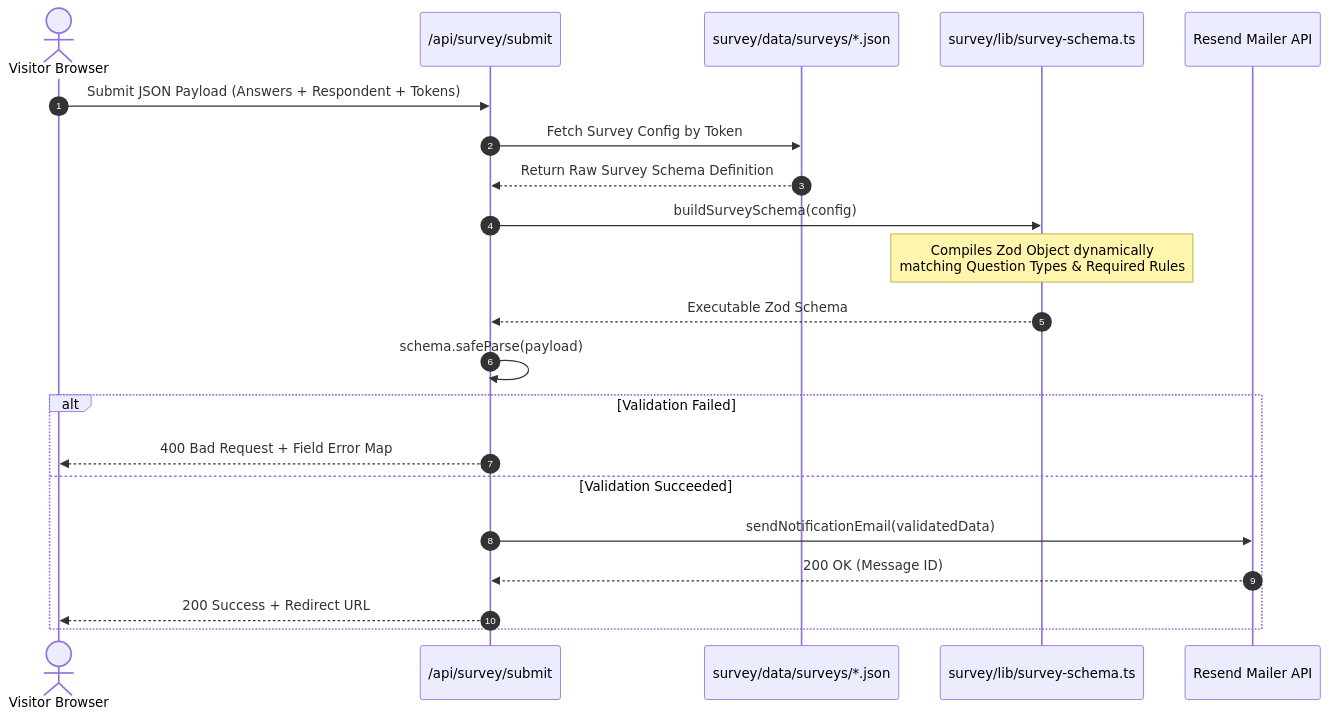
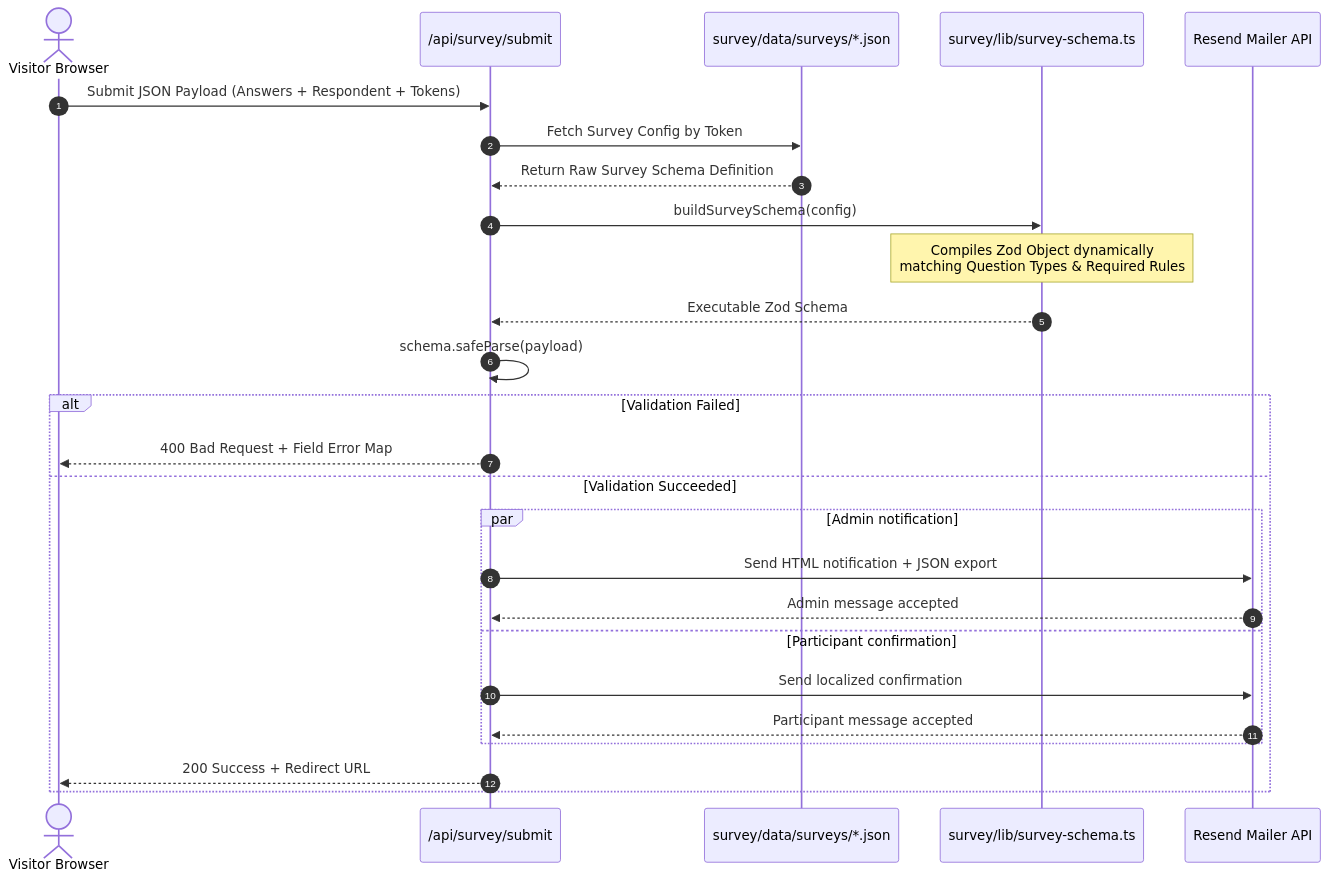
The second of 2 diagrams in README.md (Woffluon/Customer-Survey-System), drawn with Mermaid before and after one commit. The commit also changed other lines of this file, not shown here.

Commit message:
docs: document dual email delivery and JSON exports

````diff
--- a/README.md
+++ b/README.md
@@ -61,24 +62,29 @@
 ```mermaid
 sequenceDiagram
     autonumber
     actor Client as Visitor Browser
     participant API as /api/survey/submit
     participant Config as survey/data/surveys/*.json
     participant Schema as survey/lib/survey-schema.ts
     participant Resend as Resend Mailer API
 
     Client->>API: Submit JSON Payload (Answers + Respondent + Tokens)
     API->>Config: Fetch Survey Config by Token
     Config-->>API: Return Raw Survey Schema Definition
     API->>Schema: buildSurveySchema(config)
     Note over Schema: Compiles Zod Object dynamically<br/>matching Question Types & Required Rules
     Schema-->>API: Executable Zod Schema
     API->>API: schema.safeParse(payload)
     alt Validation Failed
         API-->>Client: 400 Bad Request + Field Error Map
     else Validation Succeeded
-        API->>Resend: sendNotificationEmail(validatedData)
-        Resend-->>API: 200 OK (Message ID)
+        par Admin notification
+            API->>Resend: Send HTML notification + JSON export
+            Resend-->>API: Admin message accepted
+        and Participant confirmation
+            API->>Resend: Send localized confirmation
+            Resend-->>API: Participant message accepted
+        end
         API-->>Client: 200 Success + Redirect URL
     end
 ```
````
